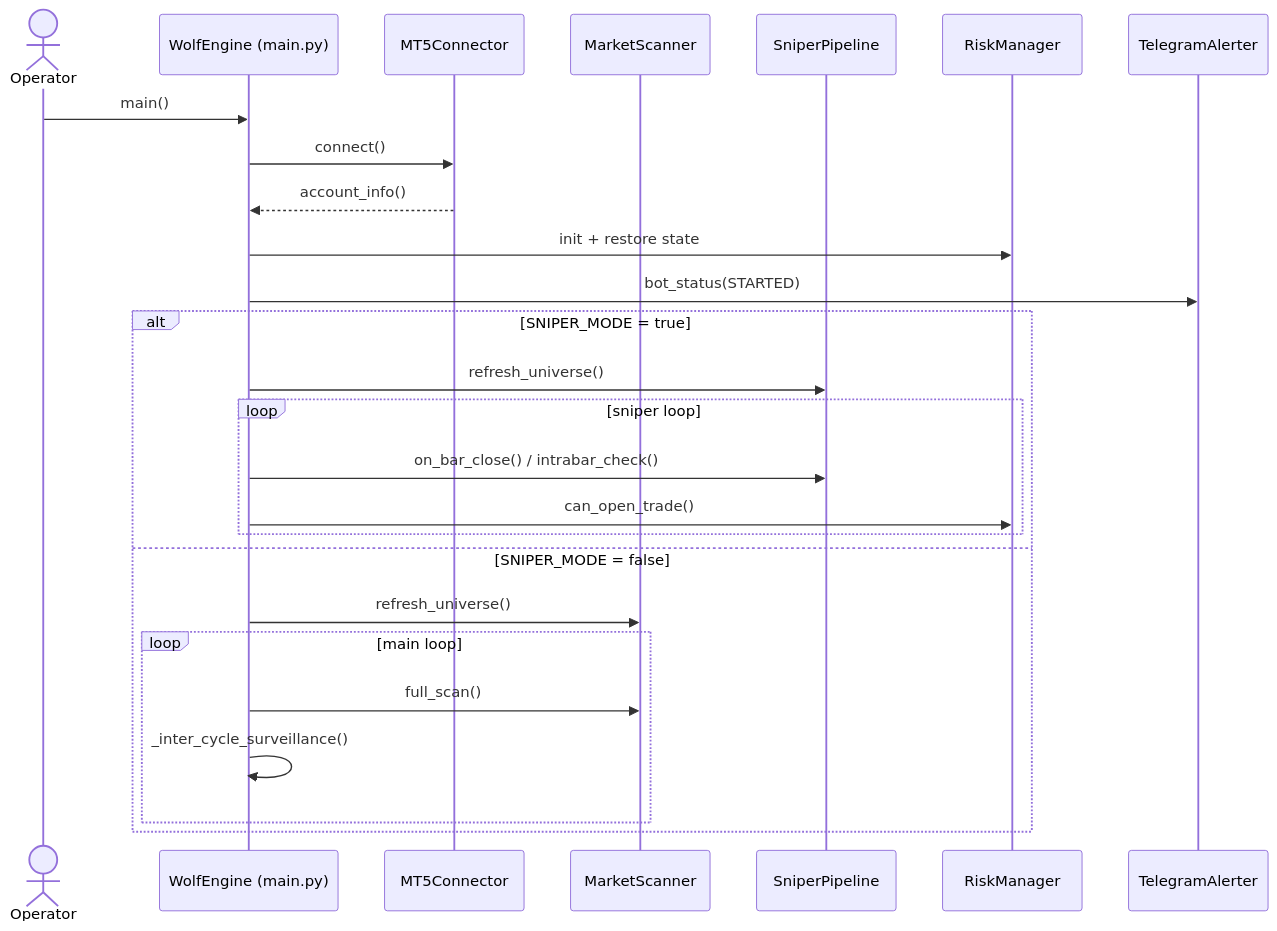
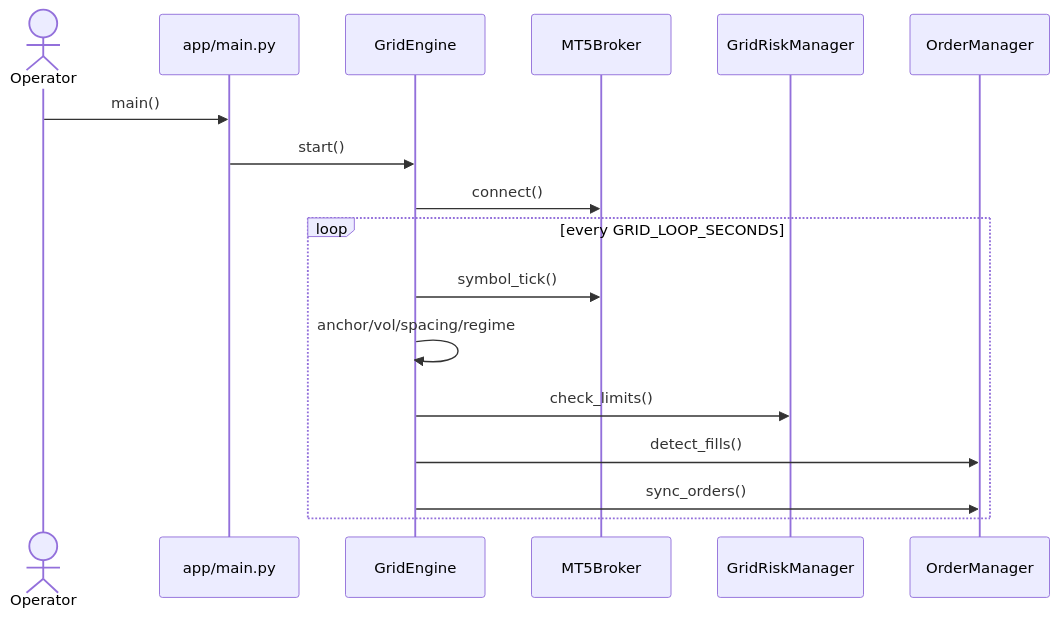
The diagram in docs/control-flow.md (pydev2018/daytrader), drawn with Mermaid before and after one commit. The commit also changed other lines of this file and 117 other files, not shown here.

````diff
--- a/docs/control-flow.md
+++ b/docs/control-flow.md
@@ -43,30 +22,20 @@
 ```mermaid
 sequenceDiagram
   actor Operator
-  participant Engine as WolfEngine (main.py)
-  participant MT5 as MT5Connector
-  participant Scanner as MarketScanner
-  participant Sniper as SniperPipeline
-  participant Risk as RiskManager
-  participant Alerts as TelegramAlerter
+  participant App as app/main.py
+  participant Engine as GridEngine
+  participant Broker as MT5Broker
+  participant Risk as GridRiskManager
+  participant Orders as OrderManager
 
-  Operator->>Engine: main()
-  Engine->>MT5: connect()
-  MT5-->>Engine: account_info()
-  Engine->>Risk: init + restore state
-  Engine->>Alerts: bot_status(STARTED)
-
-  alt SNIPER_MODE = true
-    Engine->>Sniper: refresh_universe()
-    loop sniper loop
-      Engine->>Sniper: on_bar_close() / intrabar_check()
-      Engine->>Risk: can_open_trade()
-    end
-  else SNIPER_MODE = false
-    Engine->>Scanner: refresh_universe()
-    loop main loop
-      Engine->>Scanner: full_scan()
-      Engine->>Engine: _inter_cycle_surveillance()
-    end
+  Operator->>App: main()
+  App->>Engine: start()
+  Engine->>Broker: connect()
+  loop every GRID_LOOP_SECONDS
+    Engine->>Broker: symbol_tick()
+    Engine->>Engine: anchor/vol/spacing/regime
+    Engine->>Risk: check_limits()
+    Engine->>Orders: detect_fills()
+    Engine->>Orders: sync_orders()
   end
 ```
````
